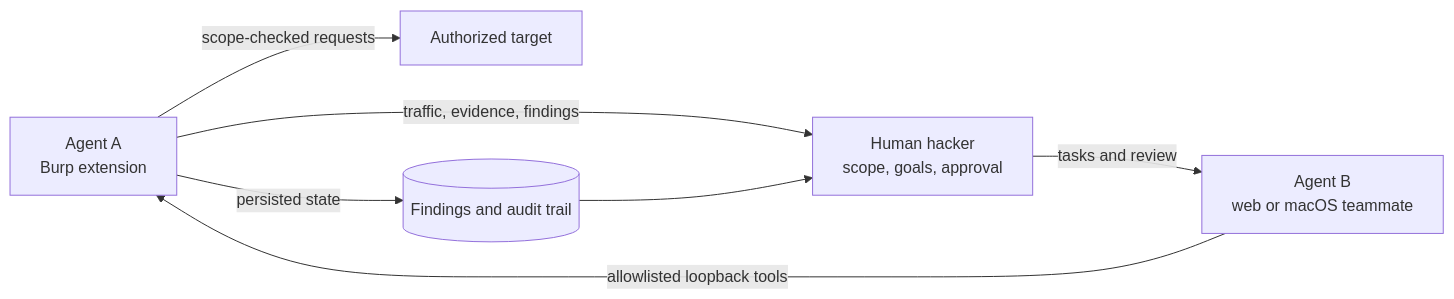
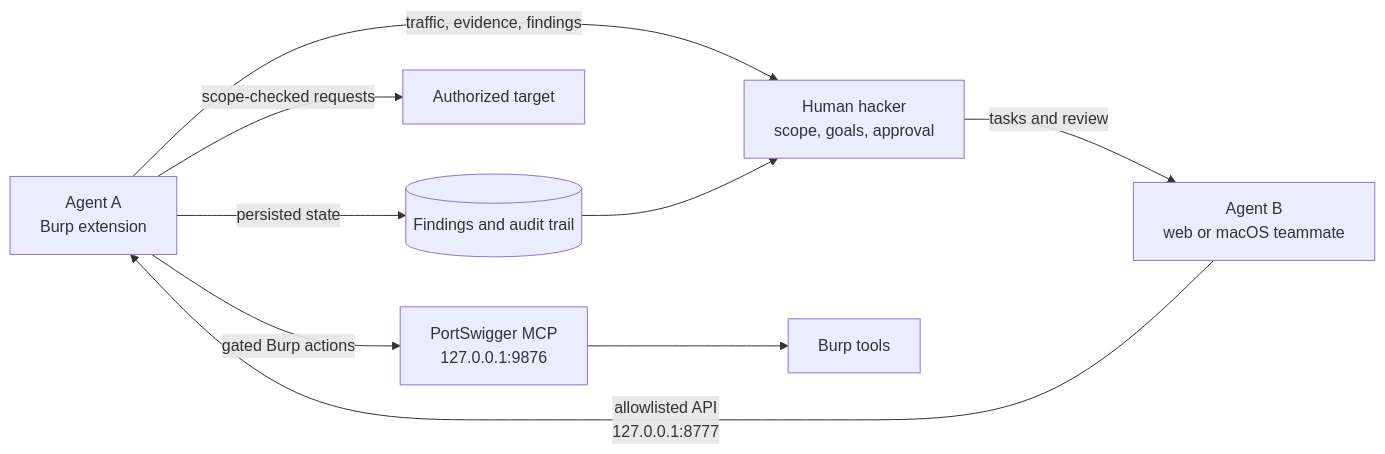
The diagram in docs/wiki/Architecture.md (sageoffensive/DoubleAgent), drawn with Mermaid before and after one commit. The commit also changed other lines of this file and 7 other files, not shown here.

Commit message:
Document PortSwigger MCP integration

````diff
--- a/docs/wiki/Architecture.md
+++ b/docs/wiki/Architecture.md
@@ -9,9 +9,11 @@
 ```mermaid
 flowchart LR
     A[Agent A<br/>Burp extension] -->|traffic, evidence, findings| H[Human hacker<br/>scope, goals, approval]
     H -->|tasks and review| B[Agent B<br/>web or macOS teammate]
-    B -->|allowlisted loopback tools| A
+    B -->|allowlisted API<br/>127.0.0.1:8777| A
+    A -->|gated Burp actions| M[PortSwigger MCP<br/>127.0.0.1:9876]
+    M --> P[Burp tools]
     A -->|scope-checked requests| T[Authorized target]
     A -->|persisted state| F[(Findings and audit trail)]
     F --> H
 ```
````
